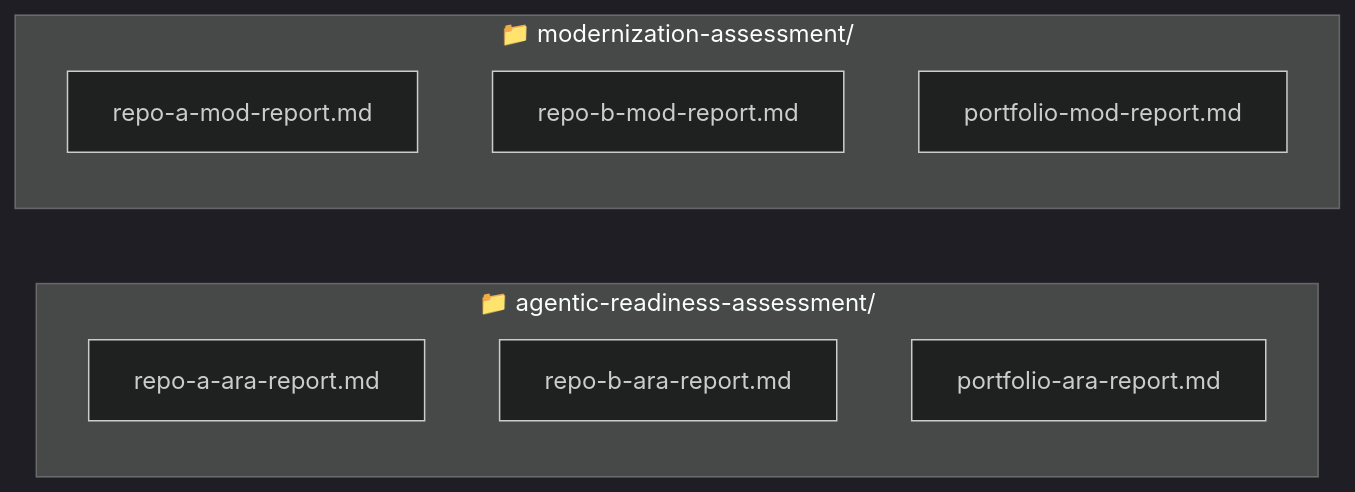
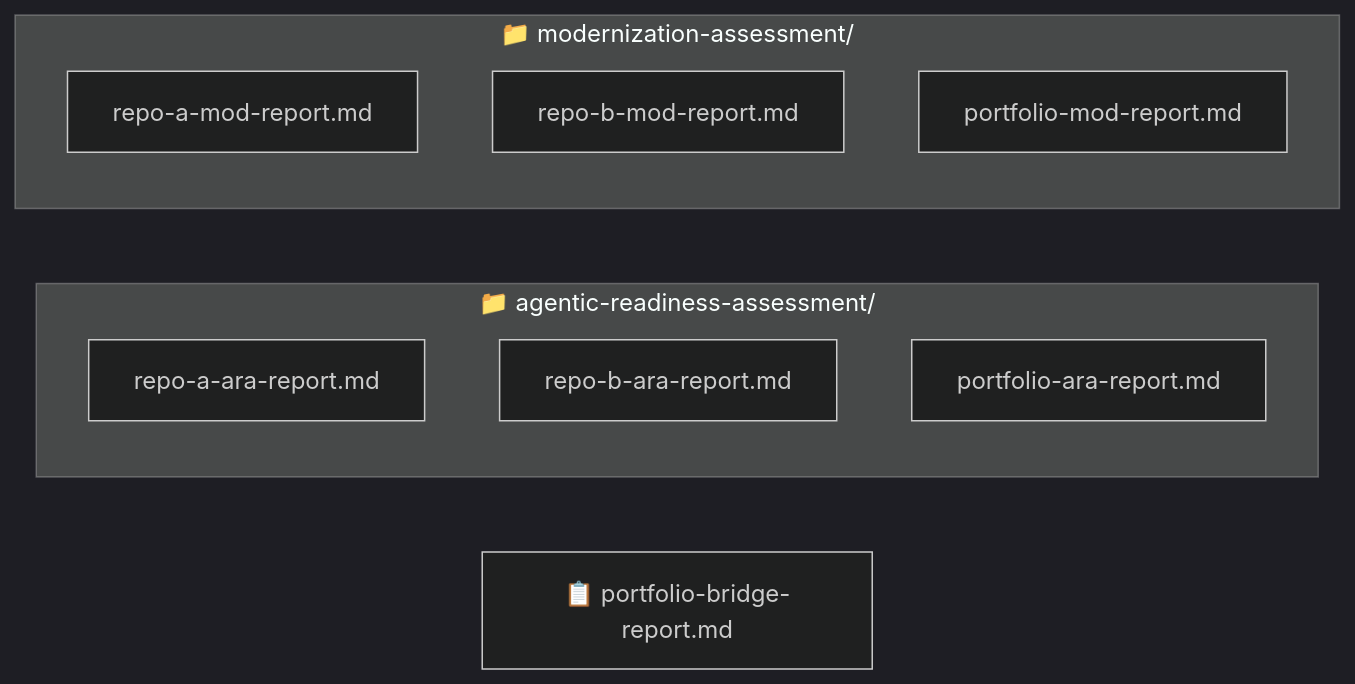
The fourth of 4 diagrams in README.md (aws-samples/sample-agentic-readiness-analysis-orchestrator), drawn with Mermaid (dark theme) before and after one commit. The commit also changed other lines of this file and 27 other files, not shown here.

````diff
--- a/README.md
+++ b/README.md
@@ -106,14 +114,16 @@
 ```mermaid
 flowchart LR
     subgraph ARA [📁 agentic-readiness-assessment/]
         AR1[repo-a-ara-report.md]
         AR2[repo-b-ara-report.md]
         AR3[portfolio-ara-report.md]
     end
 
     subgraph MOD [📁 modernization-assessment/]
         MR1[repo-a-mod-report.md]
         MR2[repo-b-mod-report.md]
         MR3[portfolio-mod-report.md]
     end
+
+    BRIDGE[📋 portfolio-bridge-report.md]
 ```
````
